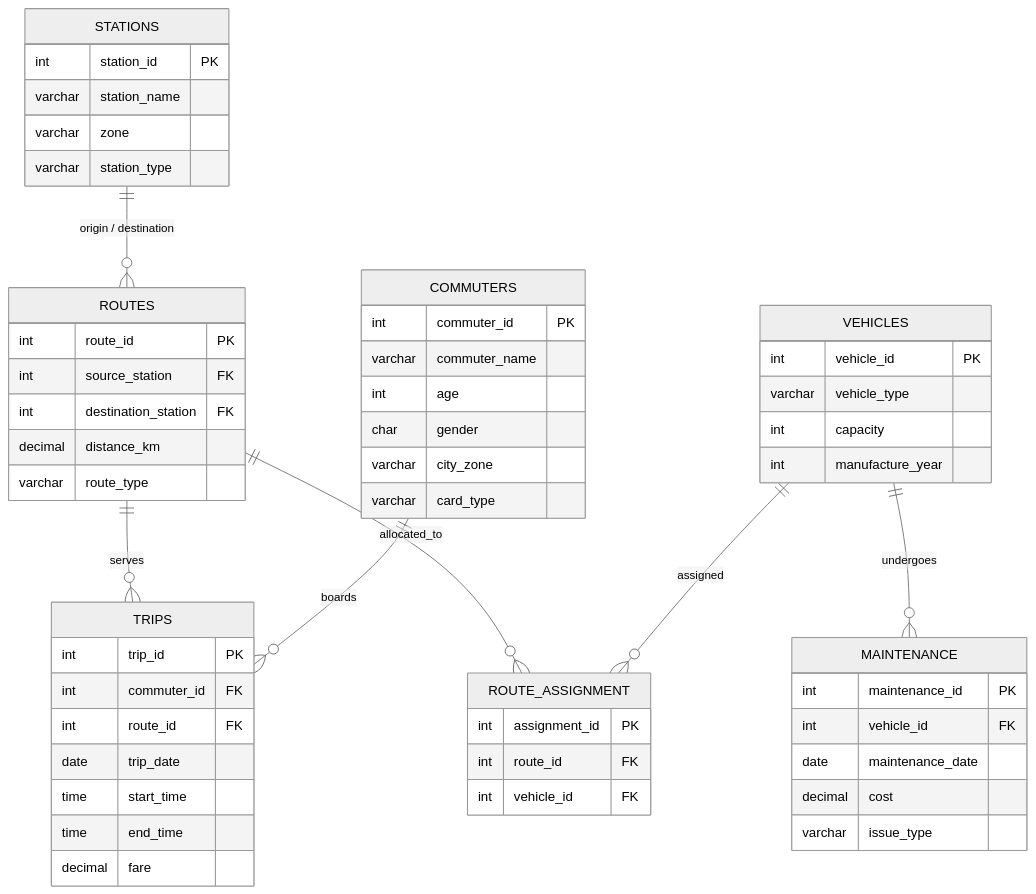
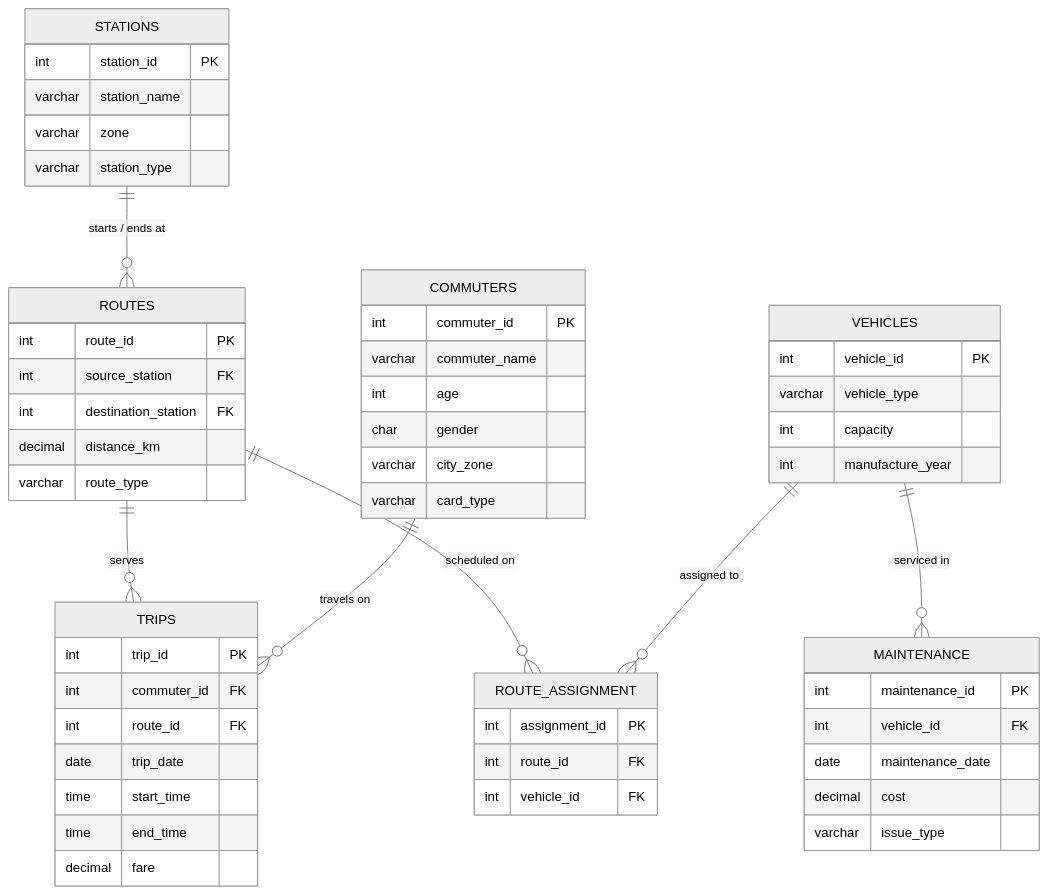
One commit to jadavharsh109/mumbai-smart-transit-sql changed the diagram in README.md. Above: the diagram before and after it, drawn with Mermaid (neutral theme). The commit also changed other lines of this file, not shown here.

````diff
--- a/README.md
+++ b/README.md
@@ -68,58 +67,58 @@
 ```mermaid
 erDiagram
-    STATIONS ||--o{ ROUTES : "origin / destination"
+    STATIONS ||--o{ ROUTES : "starts / ends at"
     ROUTES ||--o{ TRIPS : "serves"
-    COMMUTERS ||--o{ TRIPS : "boards"
-    ROUTES ||--o{ ROUTE_ASSIGNMENT : "allocated_to"
-    VEHICLES ||--o{ ROUTE_ASSIGNMENT : "assigned"
-    VEHICLES ||--o{ MAINTENANCE : "undergoes"
+    COMMUTERS ||--o{ TRIPS : "travels on"
+    ROUTES ||--o{ ROUTE_ASSIGNMENT : "scheduled on"
+    VEHICLES ||--o{ ROUTE_ASSIGNMENT : "assigned to"
+    VEHICLES ||--o{ MAINTENANCE : "serviced in"
 
     STATIONS {
         int station_id PK
         varchar station_name
         varchar zone
         varchar station_type
     }
     ROUTES {
         int route_id PK
         int source_station FK
         int destination_station FK
         decimal distance_km
         varchar route_type
     }
     VEHICLES {
         int vehicle_id PK
         varchar vehicle_type
         int capacity
         int manufacture_year
     }
     COMMUTERS {
         int commuter_id PK
         varchar commuter_name
         int age
         char gender
         varchar city_zone
         varchar card_type
     }
     TRIPS {
         int trip_id PK
         int commuter_id FK
         int route_id FK
         date trip_date
         time start_time
         time end_time
         decimal fare
     }
     ROUTE_ASSIGNMENT {
         int assignment_id PK
         int route_id FK
         int vehicle_id FK
     }
     MAINTENANCE {
         int maintenance_id PK
         int vehicle_id FK
         date maintenance_date
         decimal cost
         varchar issue_type
     }
 ```
````
